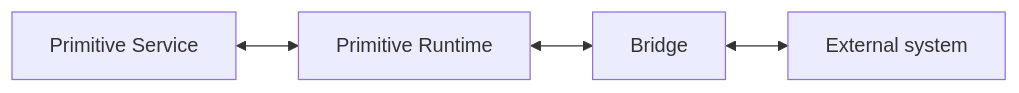
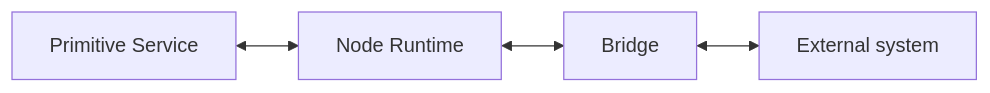
Before and after one commit to ROSMicroPy/RobotPrimitivesStack: the fourth of 5 diagrams in README.md, drawn with Mermaid. The commit also changed other lines of this file and 465 other files, not shown here.

```diff
--- a/README.md
+++ b/README.md
@@ -815,11 +815,11 @@
 ~~~mermaid
 flowchart LR
     SERVICE["Primitive Service"]
-    RUNTIME["Primitive Runtime"]
+    RUNTIME["Node Runtime"]
     BRIDGE["Bridge"]
     EXTERNAL["External system"]
 
     SERVICE <--> RUNTIME
     RUNTIME <--> BRIDGE
     BRIDGE <--> EXTERNAL
 ~~~
```
